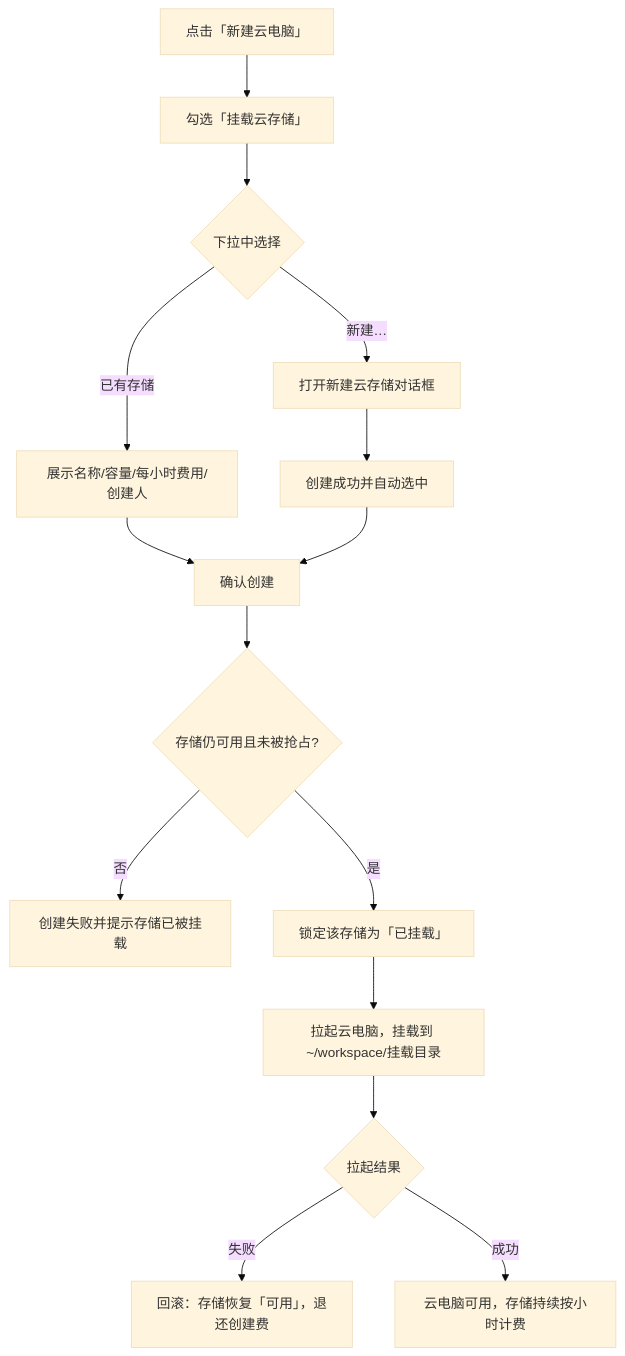
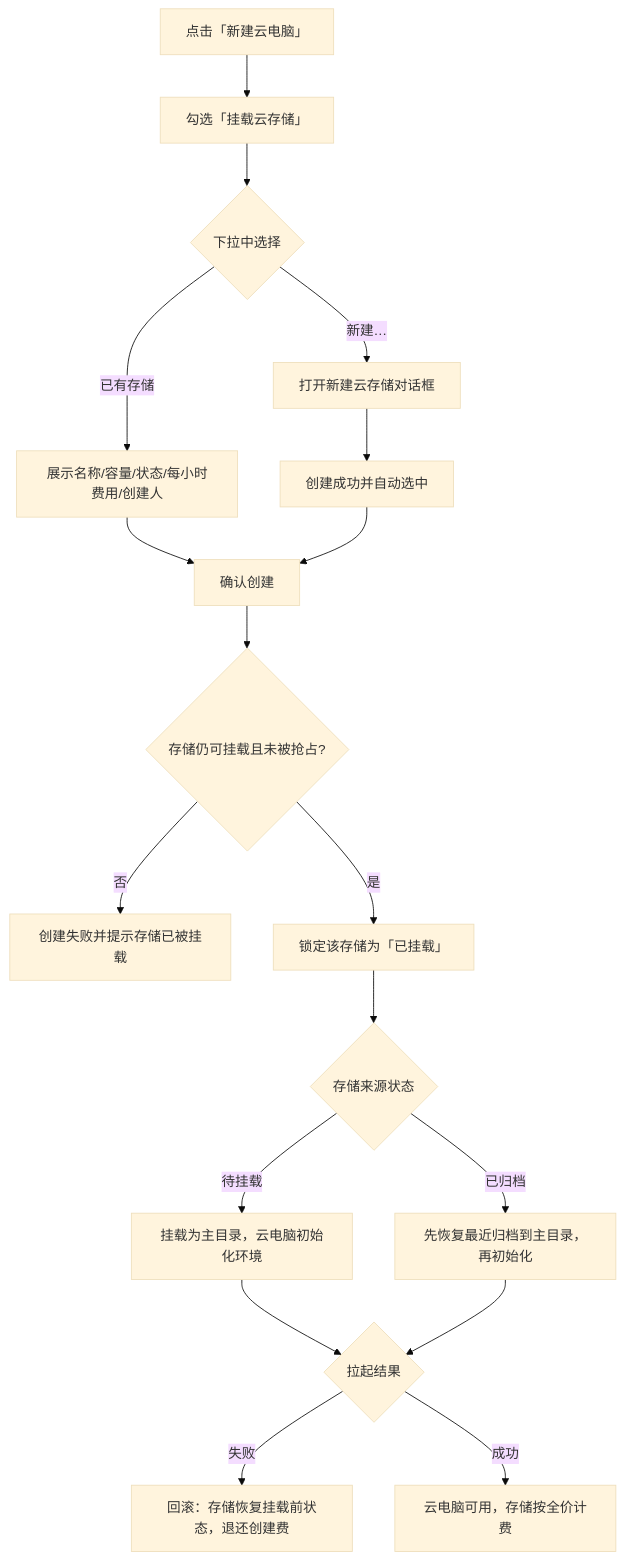
One commit to Deliay/z-agent-gear changed the second of 4 diagrams in docs/product/draft/20261102-cloud-storage.md. Above: the diagram before and after it, drawn with Mermaid (base theme). The commit also changed other lines of this file and 3 other files, not shown here.

````diff
--- a/docs/product/draft/20261102-cloud-storage.md
+++ b/docs/product/draft/20261102-cloud-storage.md
@@ -227,17 +265,20 @@
 ```mermaid
 flowchart TD
     A[点击「新建云电脑」] --> B[勾选「挂载云存储」]
     B --> C{下拉中选择}
-    C -->|已有存储| D[展示名称/容量/每小时费用/创建人]
+    C -->|已有存储| D[展示名称/容量/状态/每小时费用/创建人]
     C -->|新建…| E[打开新建云存储对话框]
     E --> F[创建成功并自动选中]
     D --> G[确认创建]
     F --> G
-    G --> H{存储仍可用且未被抢占?}
+    G --> H{存储仍可挂载且未被抢占?}
     H -->|否| I[创建失败并提示存储已被挂载]
     H -->|是| J[锁定该存储为「已挂载」]
-    J --> K[拉起云电脑，挂载到 ~/workspace/挂载目录]
-    K --> L{拉起结果}
-    L -->|失败| M[回滚：存储恢复「可用」，退还创建费]
-    L -->|成功| N[云电脑可用，存储持续按小时计费]
+    J --> K{存储来源状态}
+    K -->|待挂载| L[挂载为主目录，云电脑初始化环境]
+    K -->|已归档| M[先恢复最近归档到主目录，再初始化]
+    L --> N{拉起结果}
+    M --> N
+    N -->|失败| O[回滚：存储恢复挂载前状态，退还创建费]
+    N -->|成功| P[云电脑可用，存储按全价计费]
 ```
````
